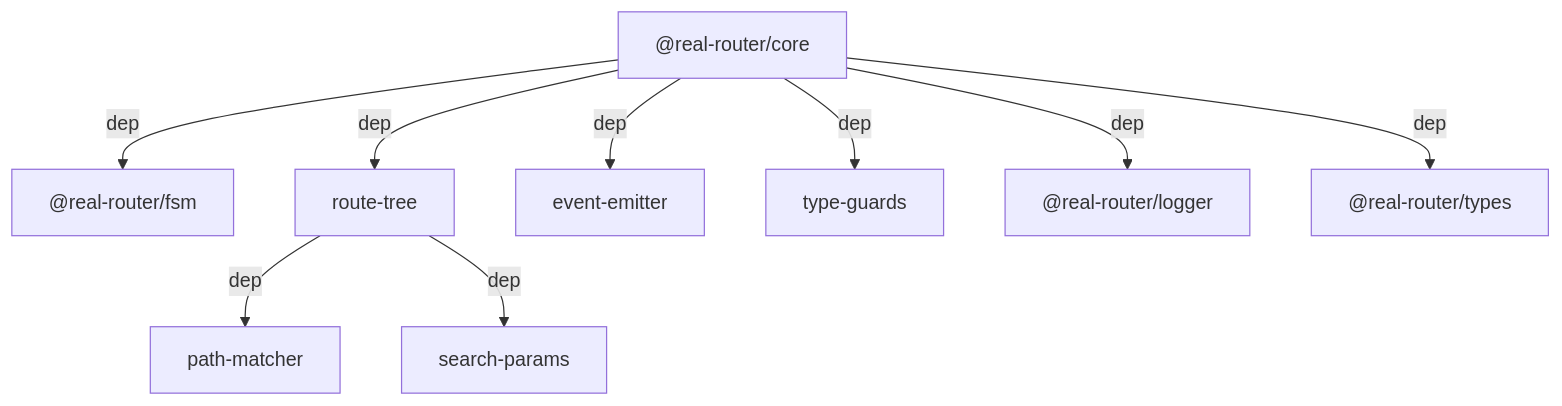
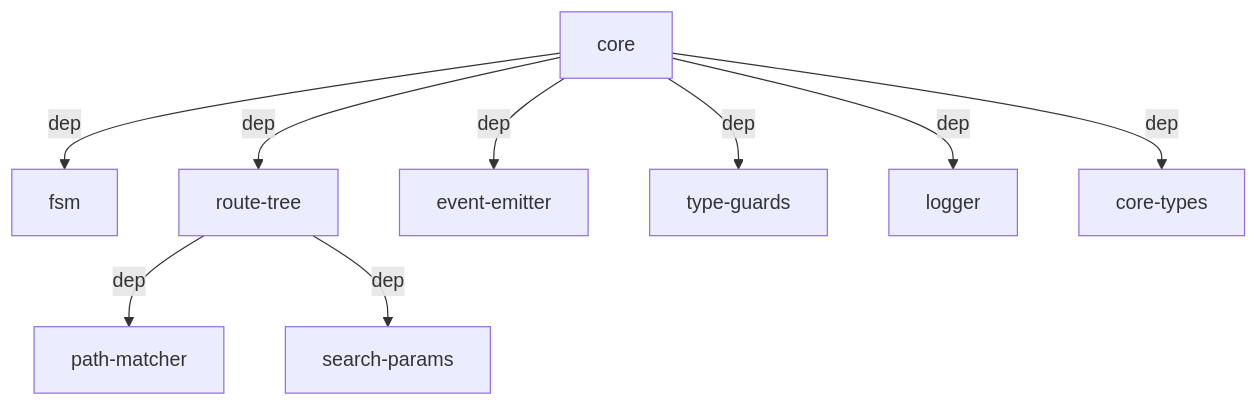
One commit to greydragon888/real-router changed the diagram in packages/core/ARCHITECTURE.md. Above: the diagram before and after it, drawn with Mermaid. The commit also changed other lines of this file and 61 other files, not shown here.

Commit message:
docs: comprehensive documentation overhaul — README, ARCHITECTURE, wiki (#320) (#321)

````diff
--- a/packages/core/ARCHITECTURE.md
+++ b/packages/core/ARCHITECTURE.md
@@ -57,12 +55,12 @@
 ```mermaid
 graph TD
-    CORE["@real-router/core"] -->|dep| FSM["@real-router/fsm"]
+    CORE["core"] -->|dep| FSM["fsm"]
     CORE -->|dep| RT["route-tree"]
     CORE -->|dep| EE["event-emitter"]
     CORE -->|dep| TG["type-guards"]
-    CORE -->|dep| LOG["@real-router/logger"]
-    CORE -->|dep| TYPES["@real-router/types"]
+    CORE -->|dep| LOG["logger"]
+    CORE -->|dep| TYPES["core-types"]
 
     RT -->|dep| PM["path-matcher"]
     RT -->|dep| SP["search-params"]
 ```
````
